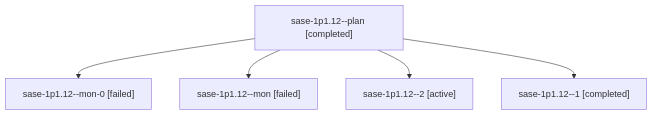
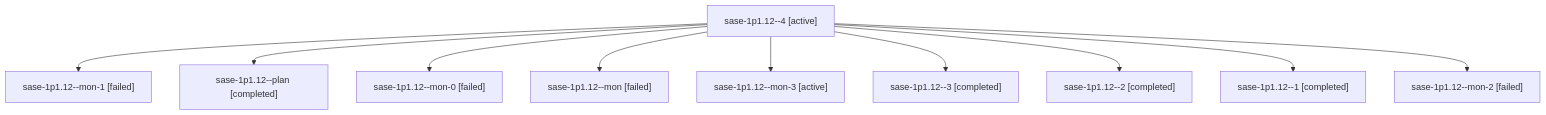
The diagram in sessions/bbugyi200.athena.sase-1p1.12.md (sase-org/sase--agents), drawn with Mermaid before and after one commit. The commit also changed other lines of this file and 73 other files, not shown here.

````diff
--- a/sessions/bbugyi200.athena.sase-1p1.12.md
+++ b/sessions/bbugyi200.athena.sase-1p1.12.md
@@ -9,12 +9,22 @@
 ```mermaid
 flowchart TD
-  n0["sase-1p1.12--plan [completed]"]
-  n1["sase-1p1.12--mon-0 [failed]"]
+  n0["sase-1p1.12--4 [active]"]
+  n1["sase-1p1.12--mon-1 [failed]"]
   n0 --> n1
-  n2["sase-1p1.12--mon [failed]"]
+  n2["sase-1p1.12--plan [completed]"]
   n0 --> n2
-  n3["sase-1p1.12--2 [active]"]
+  n3["sase-1p1.12--mon-0 [failed]"]
   n0 --> n3
-  n4["sase-1p1.12--1 [completed]"]
+  n4["sase-1p1.12--mon [failed]"]
   n0 --> n4
+  n5["sase-1p1.12--mon-3 [active]"]
+  n0 --> n5
+  n6["sase-1p1.12--3 [completed]"]
+  n0 --> n6
+  n7["sase-1p1.12--2 [completed]"]
+  n0 --> n7
+  n8["sase-1p1.12--1 [completed]"]
+  n0 --> n8
+  n9["sase-1p1.12--mon-2 [failed]"]
+  n0 --> n9
 ```
````
